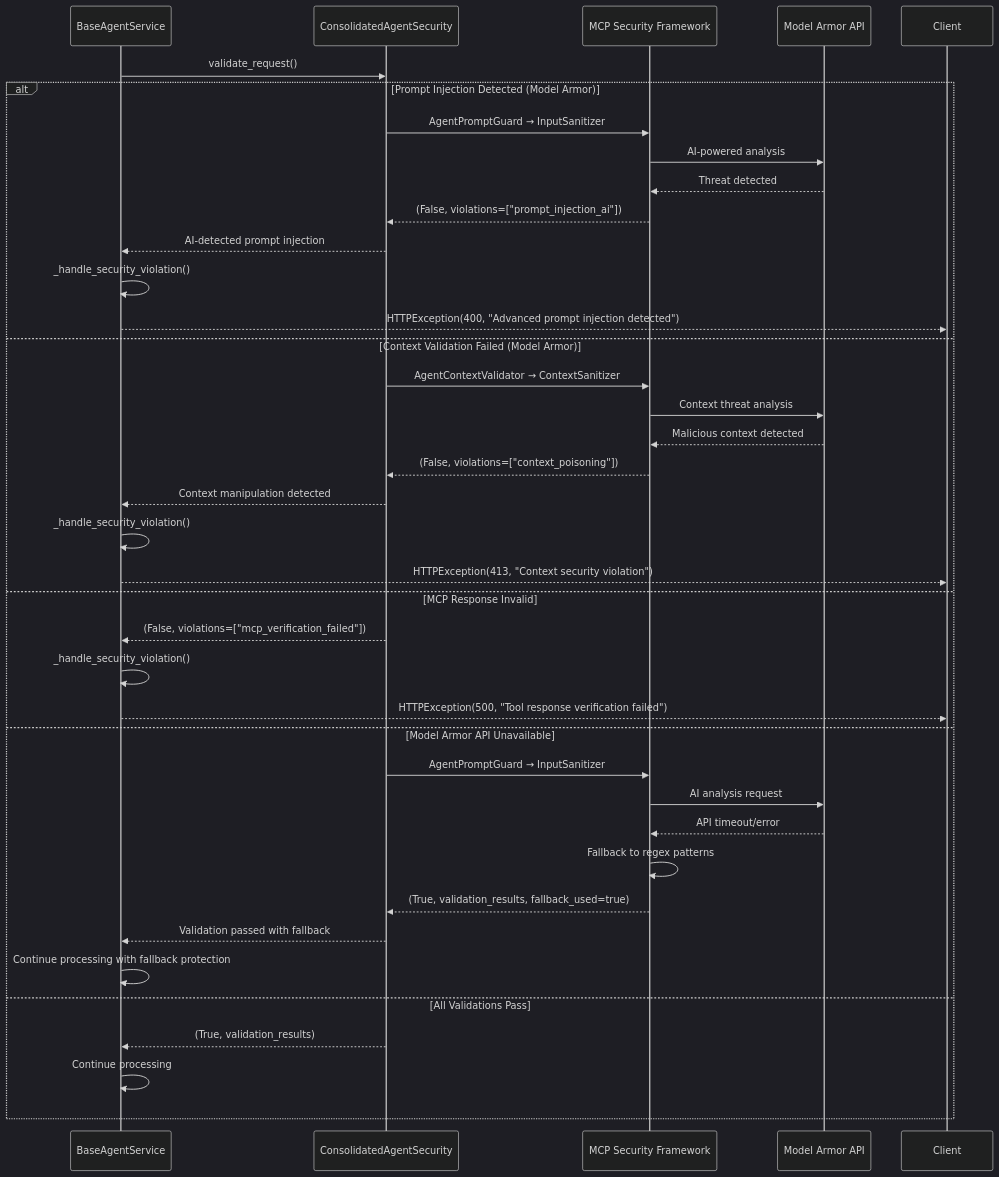
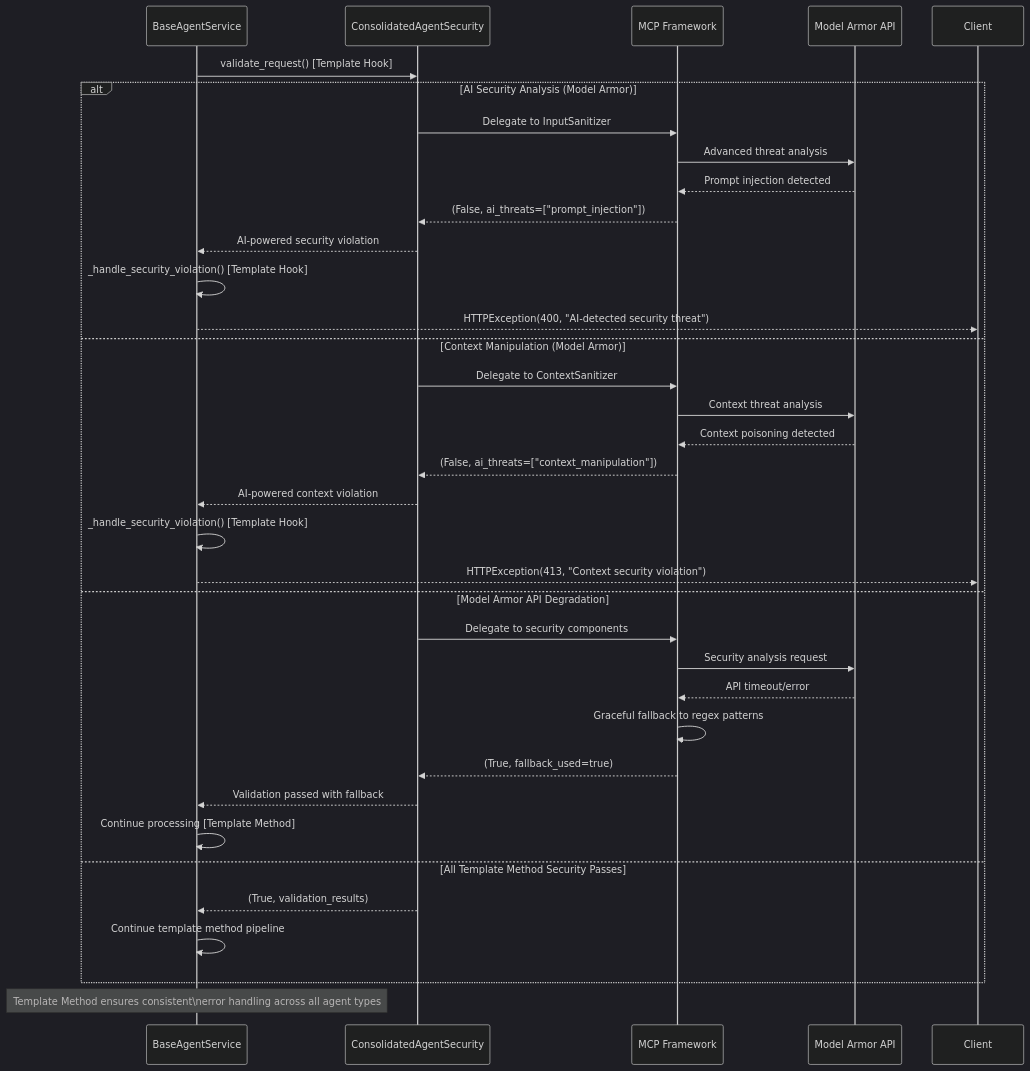
The ninth of 9 diagrams in ADK MCP/MCP_SEQUENCE_DIAGRAM.md (rnerurkar/mcp-implementation), drawn with Mermaid (dark theme) before and after one commit. The commit also changed other lines of this file and 42 other files, not shown here.

````diff
--- a/ADK MCP/MCP_SEQUENCE_DIAGRAM.md
+++ b/ADK MCP/MCP_SEQUENCE_DIAGRAM.md
@@ -302,47 +417,44 @@
 ```mermaid
 sequenceDiagram
-    participant BaseAgent as BaseAgentService
-    participant Security as ConsolidatedAgentSecurity
-    participant MCPFramework as MCP Security Framework
+    participant BaseTemplate as BaseAgentService
+    participant SecurityFramework as ConsolidatedAgentSecurity
+    participant MCPFramework as MCP Framework
     participant ModelArmor as Model Armor API
     participant Client as Client
 
-    BaseAgent->>Security: validate_request()
+    BaseTemplate->>SecurityFramework: validate_request() [Template Hook]
     
-    alt Prompt Injection Detected (Model Armor)
-        Security->>MCPFramework: AgentPromptGuard → InputSanitizer
-        MCPFramework->>ModelArmor: AI-powered analysis
-        ModelArmor-->>MCPFramework: Threat detected
-        MCPFramework-->>Security: (False, violations=["prompt_injection_ai"])
-        Security-->>BaseAgent: AI-detected prompt injection
-        BaseAgent->>BaseAgent: _handle_security_violation()
-        BaseAgent-->>Client: HTTPException(400, "Advanced prompt injection detected")
+    alt AI Security Analysis (Model Armor)
+        SecurityFramework->>MCPFramework: Delegate to InputSanitizer
+        MCPFramework->>ModelArmor: Advanced threat analysis
+        ModelArmor-->>MCPFramework: Prompt injection detected
+        MCPFramework-->>SecurityFramework: (False, ai_threats=["prompt_injection"])
+        SecurityFramework-->>BaseTemplate: AI-powered security violation
+        BaseTemplate->>BaseTemplate: _handle_security_violation() [Template Hook]
+        BaseTemplate-->>Client: HTTPException(400, "AI-detected security threat")
     
-    else Context Validation Failed (Model Armor)
-        Security->>MCPFramework: AgentContextValidator → ContextSanitizer
+    else Context Manipulation (Model Armor)
+        SecurityFramework->>MCPFramework: Delegate to ContextSanitizer
         MCPFramework->>ModelArmor: Context threat analysis
-        ModelArmor-->>MCPFramework: Malicious context detected
-        MCPFramework-->>Security: (False, violations=["context_poisoning"])
-        Security-->>BaseAgent: Context manipulation detected
-        BaseAgent->>BaseAgent: _handle_security_violation()
-        BaseAgent-->>Client: HTTPException(413, "Context security violation")
+        ModelArmor-->>MCPFramework: Context poisoning detected
+        MCPFramework-->>SecurityFramework: (False, ai_threats=["context_manipulation"])
+        SecurityFramework-->>BaseTemplate: AI-powered context violation
+        BaseTemplate->>BaseTemplate: _handle_security_violation() [Template Hook]
+        BaseTemplate-->>Client: HTTPException(413, "Context security violation")
     
-    else MCP Response Invalid
-        Security-->>BaseAgent: (False, violations=["mcp_verification_failed"])
-        BaseAgent->>BaseAgent: _handle_security_violation()
-        BaseAgent-->>Client: HTTPException(500, "Tool response verification failed")
+    else Model Armor API Degradation
+        SecurityFramework->>MCPFramework: Delegate to security components
+        MCPFramework->>ModelArmor: Security analysis request
+        ModelArmor-->>MCPFramework: API timeout/error
+        MCPFramework->>MCPFramework: Graceful fallback to regex patterns
+        MCPFramework-->>SecurityFramework: (True, fallback_used=true)
+        SecurityFramework-->>BaseTemplate: Validation passed with fallback
+        BaseTemplate->>BaseTemplate: Continue processing [Template Method]
     
-    else Model Armor API Unavailable
-        Security->>MCPFramework: AgentPromptGuard → InputSanitizer
-        MCPFramework->>ModelArmor: AI analysis request
-        ModelArmor-->>MCPFramework: API timeout/error
-        MCPFramework->>MCPFramework: Fallback to regex patterns
-        MCPFramework-->>Security: (True, validation_results, fallback_used=true)
-        Security-->>BaseAgent: Validation passed with fallback
-        BaseAgent->>BaseAgent: Continue processing with fallback protection
+    else All Template Method Security Passes
+        SecurityFramework-->>BaseTemplate: (True, validation_results)
+        BaseTemplate->>BaseTemplate: Continue template method pipeline
+    end
     
-    else All Validations Pass
-        Security-->>BaseAgent: (True, validation_results)
-        BaseAgent->>BaseAgent: Continue processing
-    end
+    Note over BaseTemplate: Template Method ensures consistent\nerror handling across all agent types
 ```
````
